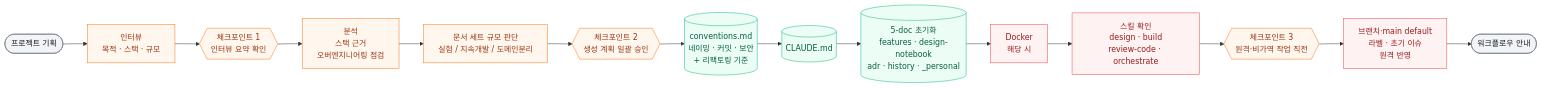
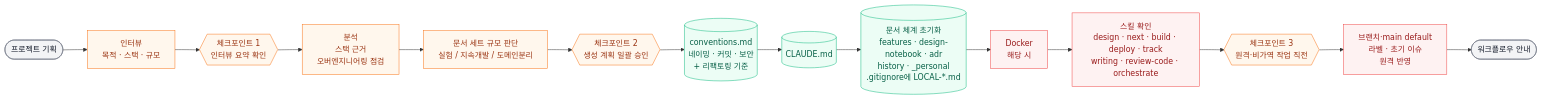
The sixth of 6 diagrams in workflow/skills-overview.md (hyewon3938/build-with-ai), drawn with Mermaid before and after one commit. The commit also changed other lines of this file and 3 other files, not shown here.

````diff
--- a/workflow/skills-overview.md
+++ b/workflow/skills-overview.md
@@ -123,26 +195,26 @@
 ```mermaid
 graph LR
-    Q([프로젝트 기획]) --> IN[인터뷰<br/>목적 · 스택 · 규모]
+    Q(["프로젝트 기획"]) --> IN["인터뷰<br/>목적 · 스택 · 규모"]
     IN --> CP1{{"체크포인트 1<br/>인터뷰 요약 확인"}}
-    CP1 --> AN[분석<br/>스택 근거<br/>오버엔지니어링 점검]
-    AN --> DS[문서 세트 규모 판단<br/>실험 / 지속개발 / 도메인분리]
+    CP1 --> AN["분석<br/>스택 근거<br/>오버엔지니어링 점검"]
+    AN --> DS["문서 세트 규모 판단<br/>실험 / 지속개발 / 도메인분리"]
     DS --> CP2{{"체크포인트 2<br/>생성 계획 일괄 승인"}}
-    CP2 --> CV[(conventions.md<br/>네이밍 · 커밋 · 보안<br/>+ 리팩토링 기준)]
-    CV --> CM[(CLAUDE.md)]
-    CM --> DOCS[(5-doc 초기화<br/>features · design-notebook<br/>adr · history · _personal)]
-    DOCS --> DK[Docker<br/>해당 시]
-    DK --> SK[스킬 확인<br/>design · build<br/>review-code · orchestrate]
+    CP2 --> CV[("conventions.md<br/>네이밍 · 커밋 · 보안<br/>+ 리팩토링 기준")]
+    CV --> CM[("CLAUDE.md")]
+    CM --> DOCS[("문서 체계 초기화<br/>features · design-notebook · adr<br/>history · _personal<br/>.gitignore에 LOCAL-*.md")]
+    DOCS --> DK["Docker<br/>해당 시"]
+    DK --> SK["스킬 확인<br/>design · next · build · deploy · track<br/>writing · review-code · orchestrate"]
     SK --> CP3{{"체크포인트 3<br/>원격·비가역 작업 직전"}}
-    CP3 --> RMT[브랜치·main default<br/>라벨 · 초기 이슈<br/>원격 반영]
-    RMT --> O([워크플로우 안내])
+    CP3 --> RMT["브랜치·main default<br/>라벨 · 초기 이슈<br/>원격 반영"]
+    RMT --> O(["워크플로우 안내"])
 
     classDef io fill:#f3f4f6,stroke:#6b7280,color:#111827
     classDef interview fill:#fff7ed,stroke:#f97316,color:#9a3412
     classDef doc fill:#ecfdf5,stroke:#10b981,color:#065f46
     classDef external fill:#fef2f2,stroke:#ef4444,color:#991b1b
 
     class Q,O io
     class IN,AN,DS,CP1,CP2,CP3 interview
     class CV,CM,DOCS doc
     class DK,SK,RMT external
 ```
````
